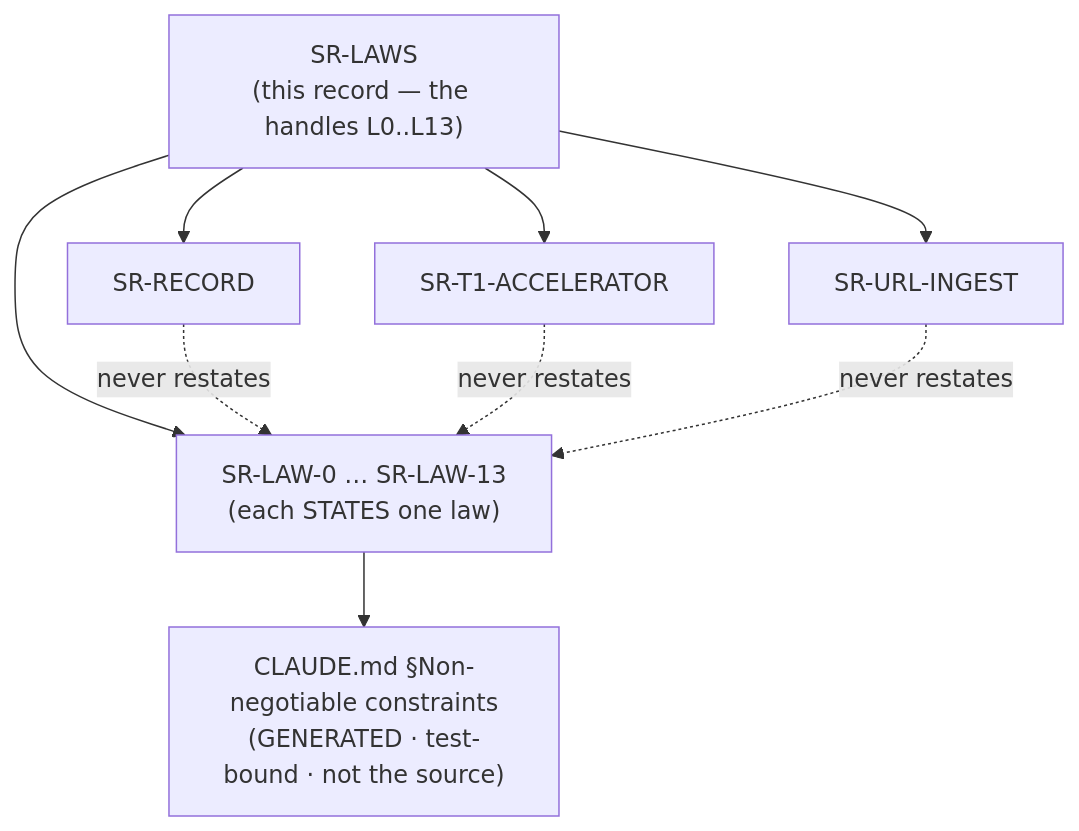
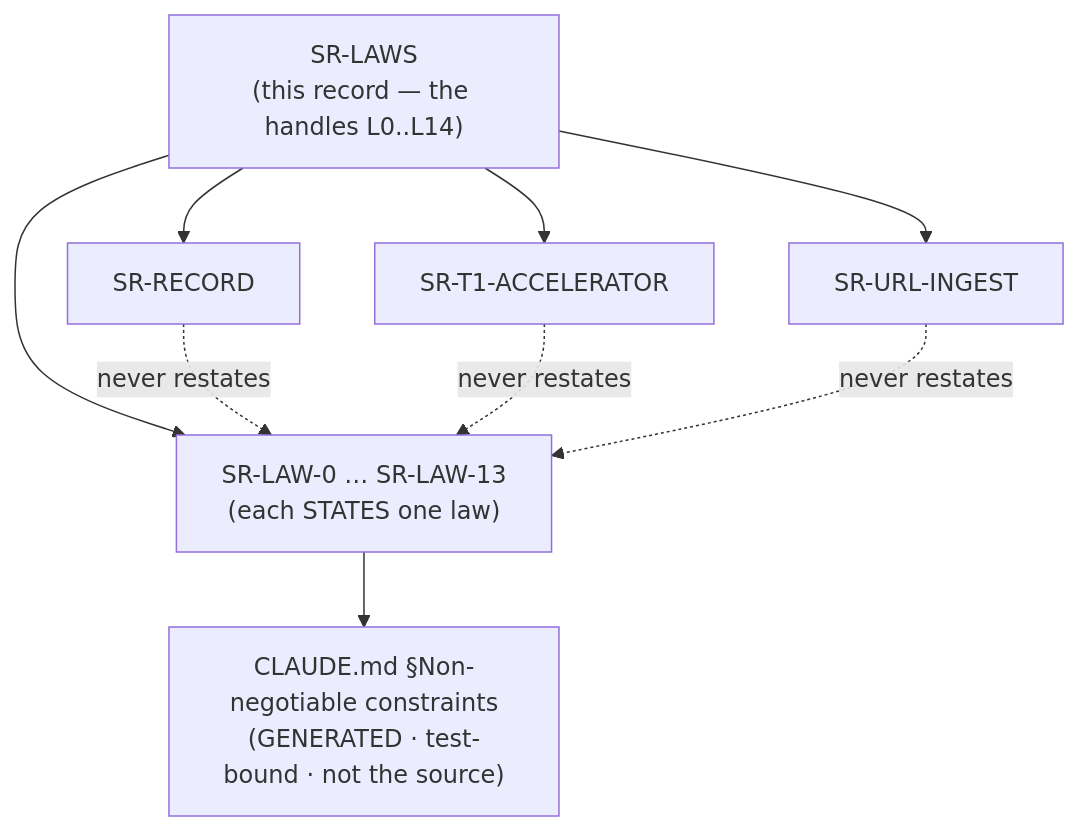
One commit to arpitarya/fux changed the diagram in records/0001_LAWS.md. Above: the diagram before and after it, drawn with Mermaid. The commit also changed other lines of this file and 19 other files, not shown here.

````diff
--- a/records/0001_LAWS.md
+++ b/records/0001_LAWS.md
@@ -89,17 +90,17 @@
 ```mermaid
 flowchart TD
-    N["SR-LAWS<br/>(this record — the handles L0..L13)"]
+    N["SR-LAWS<br/>(this record — the handles L0..L14)"]
     W["SR-LAW-0 … SR-LAW-13<br/>(each STATES one law)"]
     L["CLAUDE.md §Non-negotiable constraints<br/>(GENERATED · test-bound · not the source)"]
     A["SR-RECORD"]
     B["SR-T1-ACCELERATOR"]
     C["SR-URL-INGEST"]
     N --> W
     W --> L
     N --> A
     N --> B
     N --> C
     A -. "never restates" .-> W
     B -. "never restates" .-> W
     C -. "never restates" .-> W
 ```
````
